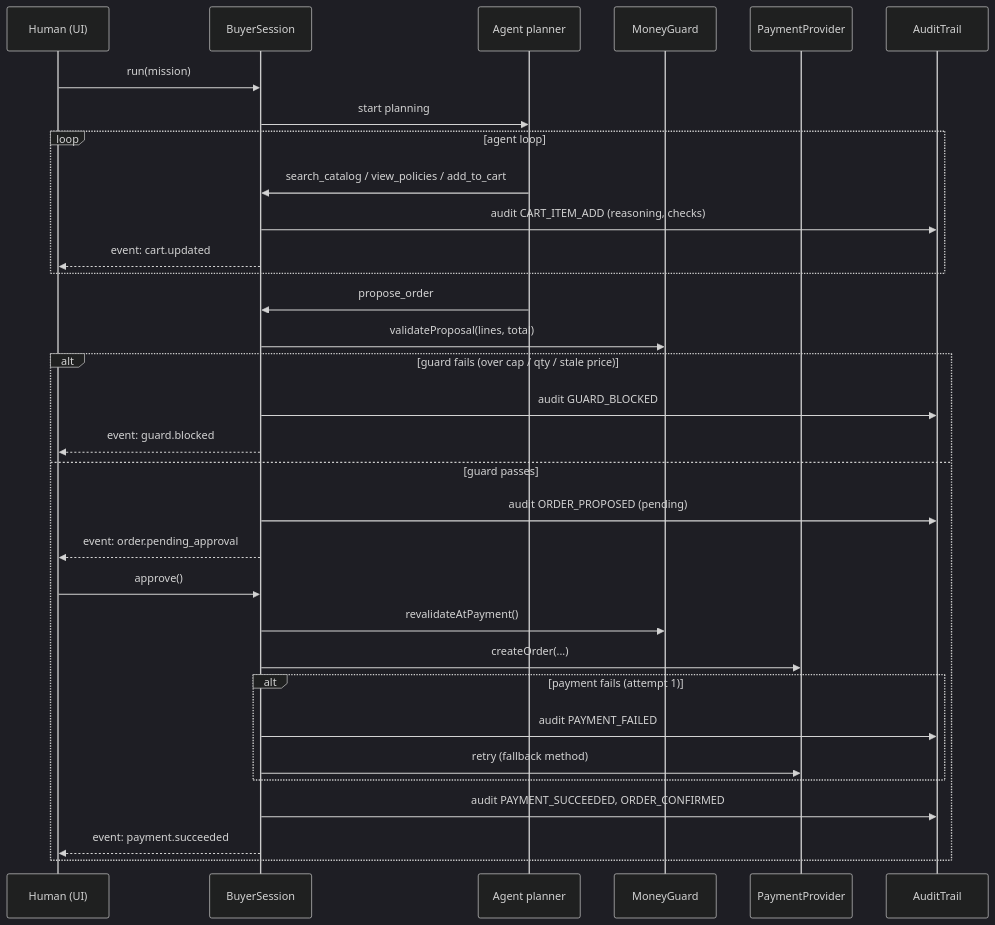
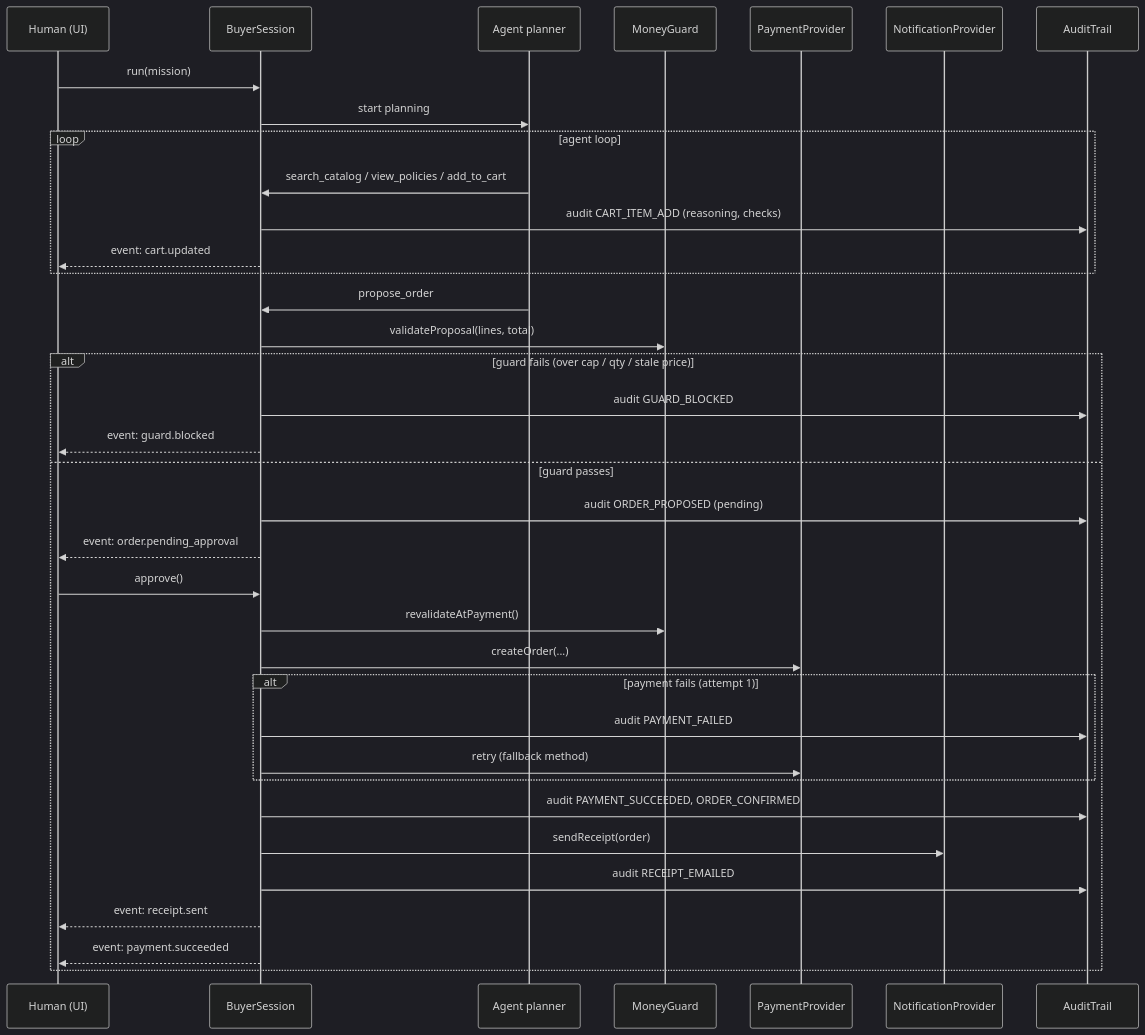
One commit to ak7cr/razor changed the second of 2 diagrams in docs/ARCHITECTURE.md. Above: the diagram before and after it, drawn with Mermaid (dark theme). The commit also changed other lines of this file and 5 other files, not shown here.

````diff
--- a/docs/ARCHITECTURE.md
+++ b/docs/ARCHITECTURE.md
@@ -67,35 +71,39 @@
 ```mermaid
 sequenceDiagram
     participant U as Human (UI)
     participant S as BuyerSession
     participant A as Agent planner
     participant G as MoneyGuard
     participant P as PaymentProvider
+    participant N as NotificationProvider
     participant T as AuditTrail
 
     U->>S: run(mission)
     S->>A: start planning
     loop agent loop
         A->>S: search_catalog / view_policies / add_to_cart
         S->>T: audit CART_ITEM_ADD (reasoning, checks)
         S-->>U: event: cart.updated
     end
     A->>S: propose_order
     S->>G: validateProposal(lines, total)
     alt guard fails (over cap / qty / stale price)
         S->>T: audit GUARD_BLOCKED
         S-->>U: event: guard.blocked
     else guard passes
         S->>T: audit ORDER_PROPOSED (pending)
         S-->>U: event: order.pending_approval
         U->>S: approve()
         S->>G: revalidateAtPayment()   # TOCTOU-safe
         S->>P: createOrder(...)
         alt payment fails (attempt 1)
             S->>T: audit PAYMENT_FAILED
             S->>P: retry (fallback method)
         end
         S->>T: audit PAYMENT_SUCCEEDED, ORDER_CONFIRMED
+        S->>N: sendReceipt(order)
+        S->>T: audit RECEIPT_EMAILED
+        S-->>U: event: receipt.sent
         S-->>U: event: payment.succeeded
     end
 ```
````
